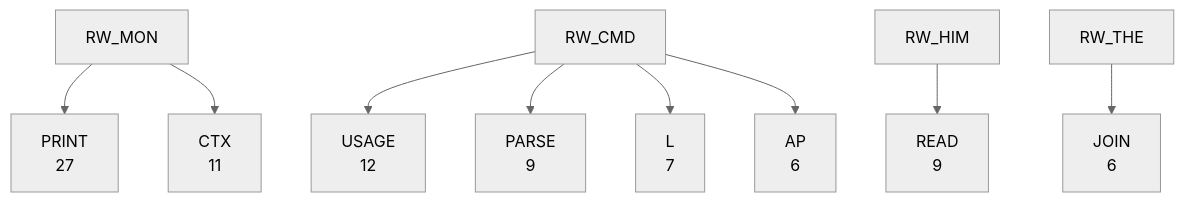
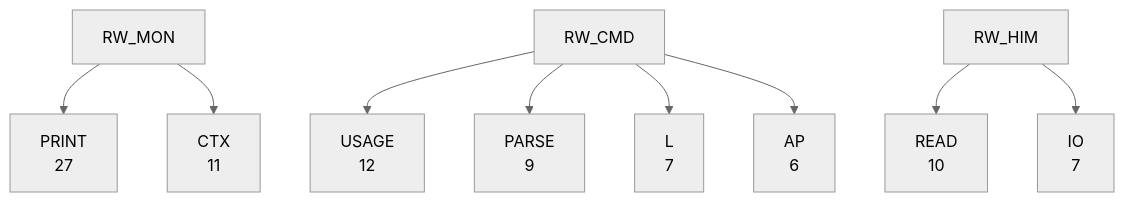
One commit to 95westus/R-YORS changed the third of 8 diagrams in DOC/GENERATED/ROUTINE_WORD_TREE.md. Above: the diagram before and after it, drawn with Mermaid (neutral theme). The commit also changed other lines of this file and 42 other files, not shown here.

````diff
--- a/DOC/GENERATED/ROUTINE_WORD_TREE.md
+++ b/DOC/GENERATED/ROUTINE_WORD_TREE.md
@@ -47,11 +47,11 @@
 ```mermaid
 flowchart TD
     RW_MON --> RW_MON_PRINT["PRINT<br/>27"]
     RW_CMD --> RW_CMD_USAGE["USAGE<br/>12"]
     RW_MON --> RW_MON_CTX["CTX<br/>11"]
+    RW_HIM --> RW_HIM_READ["READ<br/>10"]
     RW_CMD --> RW_CMD_PARSE["PARSE<br/>9"]
-    RW_HIM --> RW_HIM_READ["READ<br/>9"]
     RW_CMD --> RW_CMD_L["L<br/>7"]
+    RW_HIM --> RW_HIM_IO["IO<br/>7"]
     RW_CMD --> RW_CMD_AP["AP<br/>6"]
-    RW_THE --> RW_THE_JOIN["JOIN<br/>6"]
 ```
````
